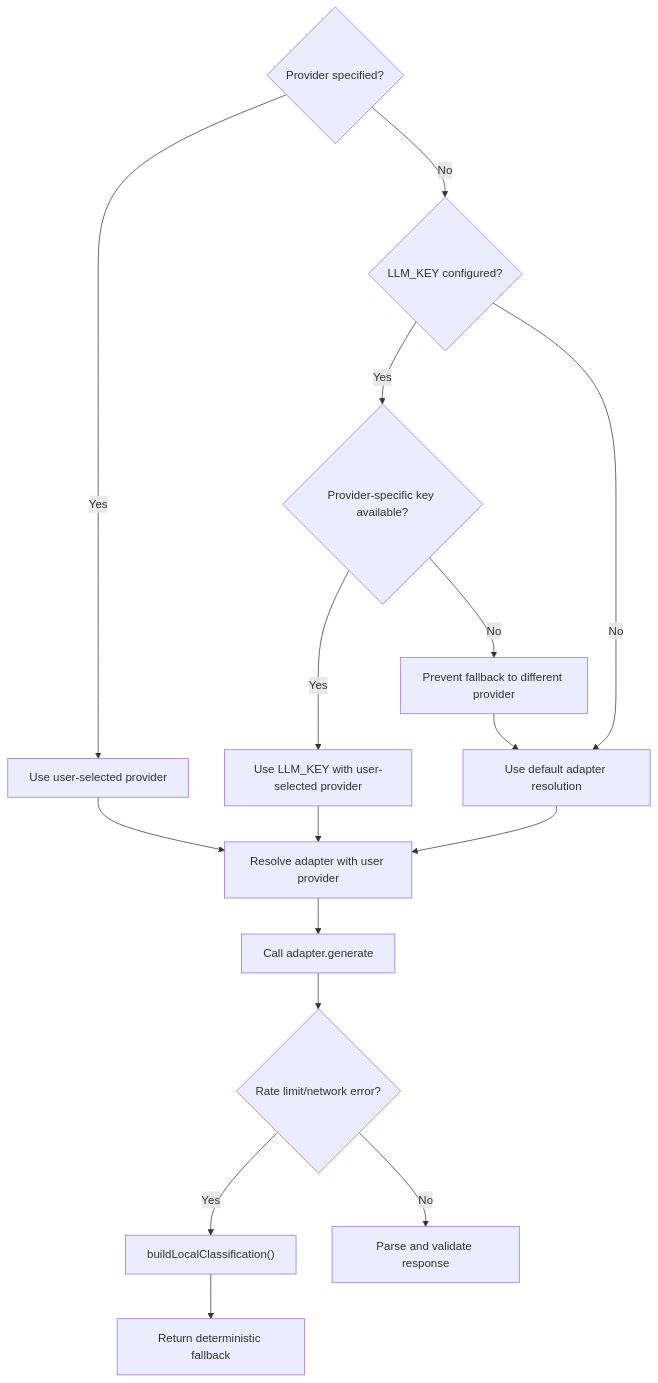
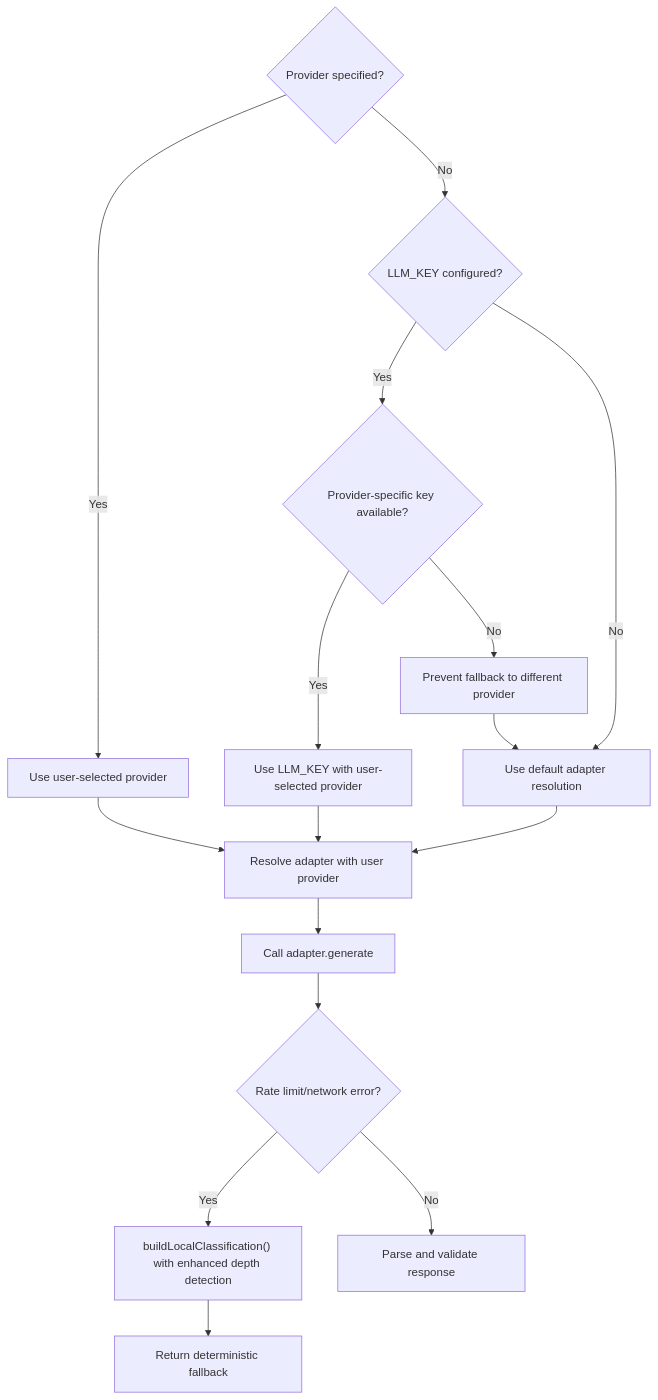
One commit to shekhargiri005-dotcom/AI-powered-accessibility-first-UI-engine changed the tenth of 11 diagrams in .qoder/repowiki/en/content/AI Generation Engine/Core Generation Pipeline/Intent Processing & Blueprint Selection.md. Above: the diagram before and after it, drawn with Mermaid. The commit also changed other lines of this file and 6 other files, not shown here.

````diff
--- a/.qoder/repowiki/en/content/AI Generation Engine/Core Generation Pipeline/Intent Processing & Blueprint Selection.md
+++ b/.qoder/repowiki/en/content/AI Generation Engine/Core Generation Pipeline/Intent Processing & Blueprint Selection.md
@@ -425,19 +481,19 @@
 ```mermaid
 flowchart TD
 ProviderCheck{"Provider specified?"}
 ProviderCheck --> |Yes| UseUserProvider["Use user-selected provider"]
 ProviderCheck --> |No| CheckLLMKey{"LLM_KEY configured?"}
 UseUserProvider --> ResolveAdapter["Resolve adapter with user provider"]
 CheckLLMKey --> |Yes| CheckProviderKey{"Provider-specific key available?"}
 CheckLLMKey --> |No| UseDefault["Use default adapter resolution"]
 CheckProviderKey --> |Yes| UseLLMKey["Use LLM_KEY with user-selected provider"]
 CheckProviderKey --> |No| PreventFallback["Prevent fallback to different provider"]
 UseLLMKey --> ResolveAdapter
 PreventFallback --> UseDefault
 UseDefault --> ResolveAdapter
 ResolveAdapter --> CallAdapter["Call adapter.generate"]
 CallAdapter --> RateLimit{"Rate limit/network error?"}
-RateLimit --> |Yes| LocalFallback["buildLocalClassification()"]
+RateLimit --> |Yes| LocalFallback["buildLocalClassification() with enhanced depth detection"]
 LocalFallback --> ReturnFallback["Return deterministic fallback"]
 RateLimit --> |No| ParseResponse["Parse and validate response"]
 ```
````
